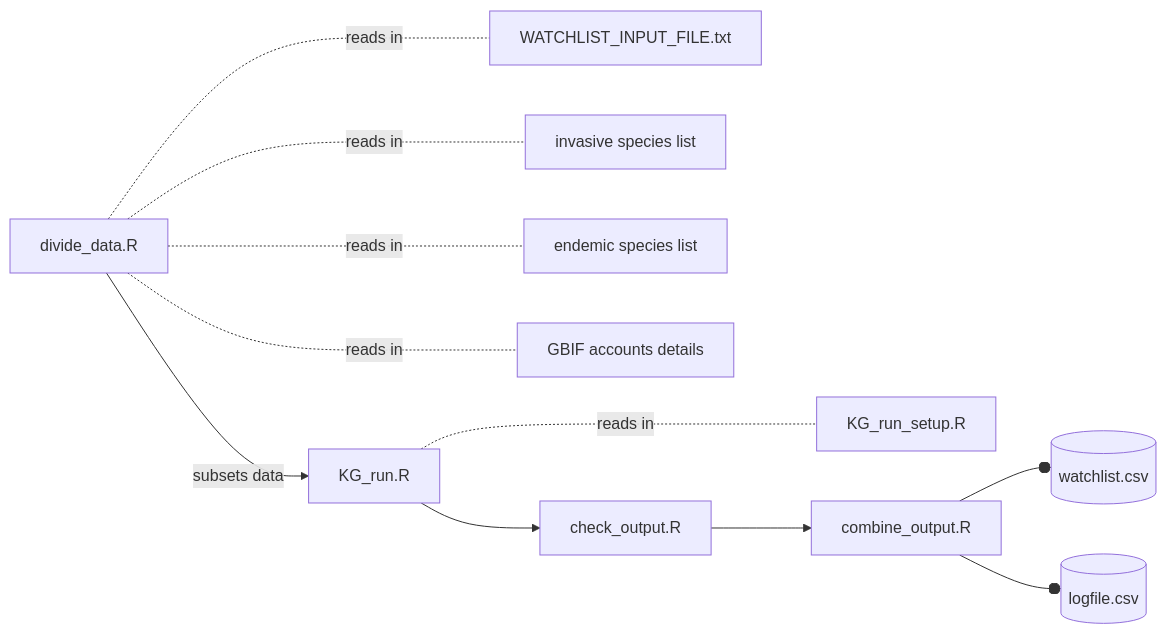
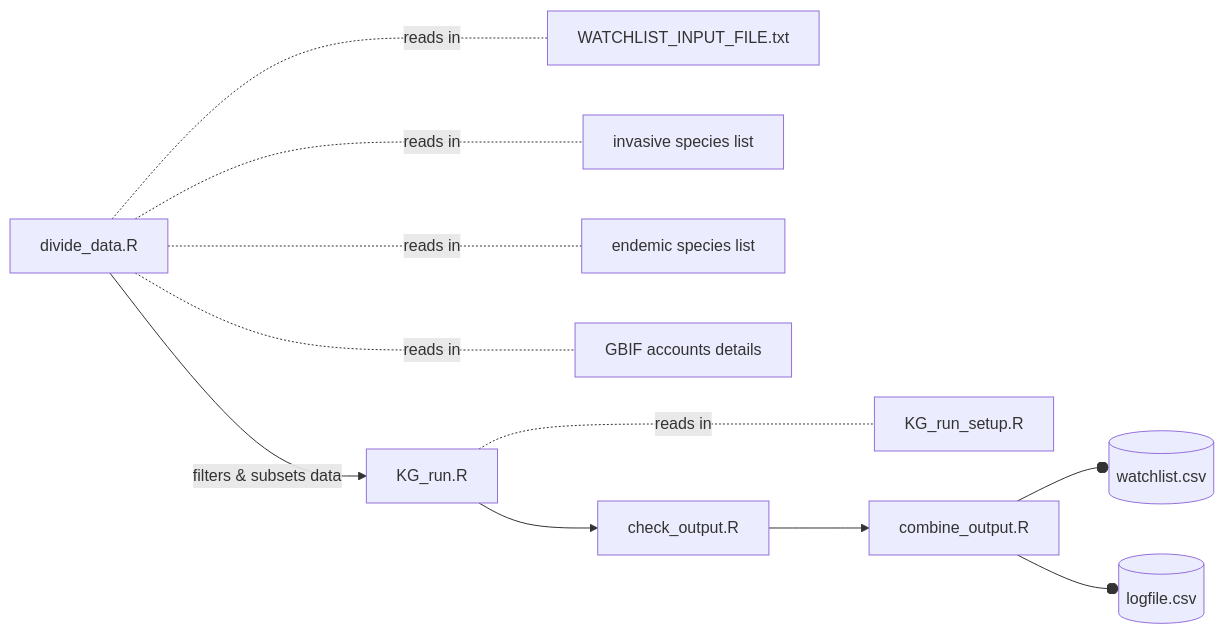
The diagram in README.md (clarkevansteenderen/KG_watchlist_parallel), drawn with Mermaid before and after one commit.

````diff
--- a/README.md
+++ b/README.md
@@ -36,9 +36,9 @@
 ```mermaid
   graph LR;
-      A[divide_data.R] --> |subsets data| B[KG_run.R]
+      A[divide_data.R] --> |filters & subsets data| B[KG_run.R]
       A -..- |reads in| C[WATCHLIST_INPUT_FILE.txt] & D[invasive species list] & E[endemic species list] & F[GBIF accounts details]
       B --> G[check_output.R]
       B -..- |reads in| H[KG_run_setup.R]
       G --> J[combine_output.R]
       J --o K[(watchlist.csv)] & L[(logfile.csv)]
 ```
````
